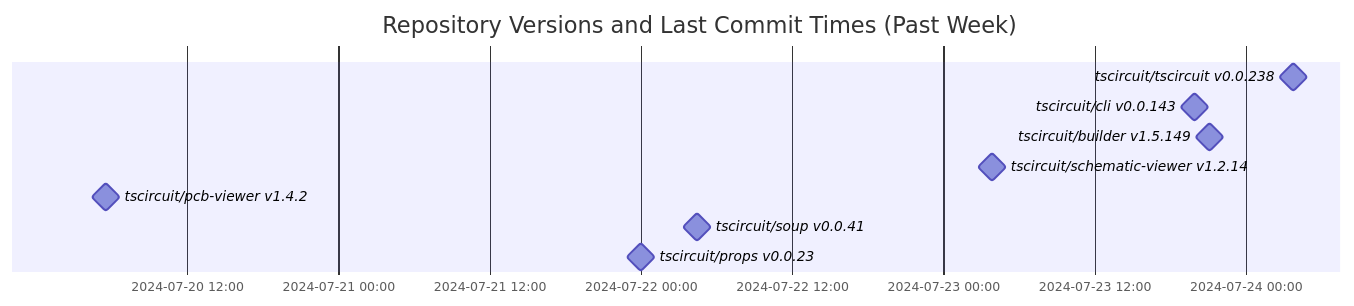
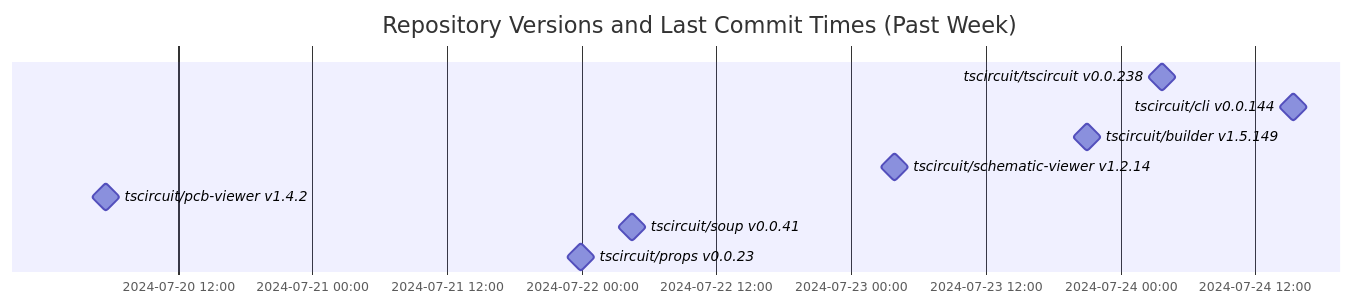
One commit to tscircuit/version-tracker changed the diagram in README.md. Above: the diagram before and after it, drawn with Mermaid.

Commit message:
Update chart

````diff
--- a/README.md
+++ b/README.md
@@ -1,14 +1,14 @@
 ```mermaid
 gantt
   dateFormat  YYYY-MM-DD HH:mm:ss
   title Repository Versions and Last Commit Times (Past Week)
   axisFormat %Y-%m-%d %H:%M
 
   tscircuit/tscircuit v0.0.238 : milestone, 2024-07-24 03:42:58, 1s
-  tscircuit/cli v0.0.143 : milestone, 2024-07-23 19:55:41, 1s
+  tscircuit/cli v0.0.144 : milestone, 2024-07-24 15:25:54, 1s
   tscircuit/builder v1.5.149 : milestone, 2024-07-23 21:01:43, 1s
   tscircuit/schematic-viewer v1.2.14 : milestone, 2024-07-23 03:50:56, 1s
   tscircuit/pcb-viewer v1.4.2 : milestone, 2024-07-20 05:34:23, 1s
   tscircuit/soup v0.0.41 : milestone, 2024-07-22 04:28:33, 1s
   tscircuit/props v0.0.23 : milestone, 2024-07-21 23:57:13, 1s
 ```
````
